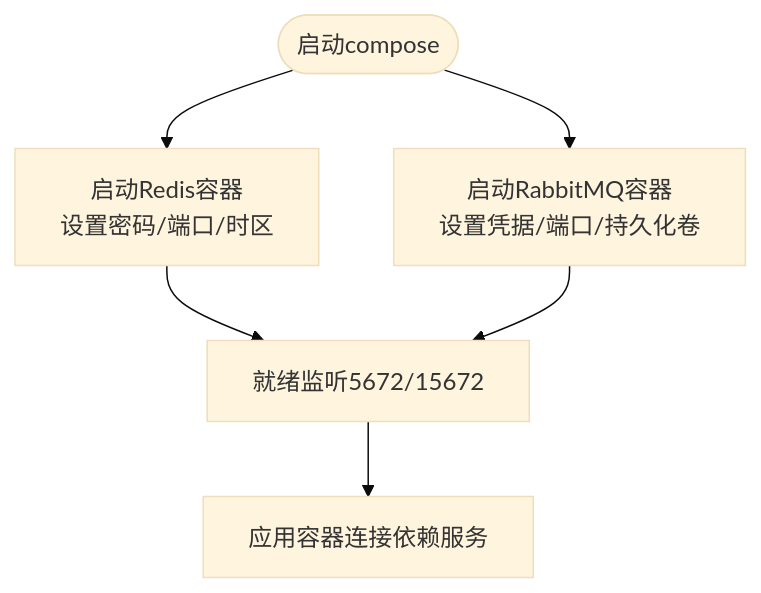
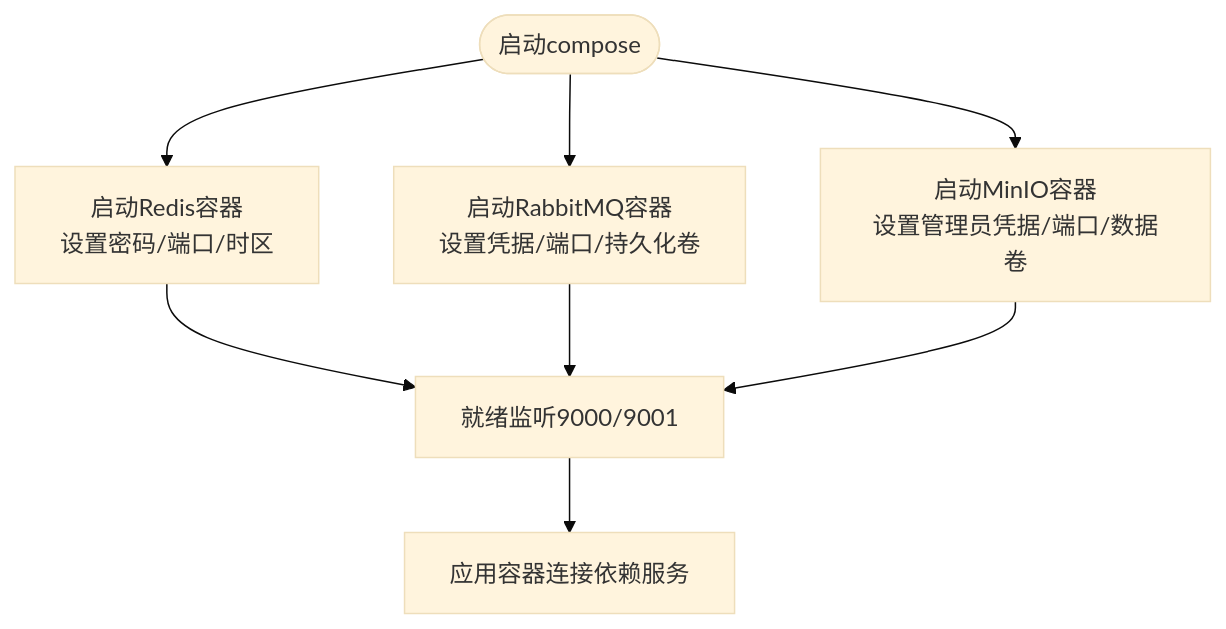
The third of 7 diagrams in .qoder/repowiki/zh/content/部署运维/Docker容器化部署.md (openlowcodelab/lowcode), drawn with Mermaid (base theme) before and after one commit. The commit also changed other lines of this file and 24 other files, not shown here.

````diff
--- a/.qoder/repowiki/zh/content/部署运维/Docker容器化部署.md
+++ b/.qoder/repowiki/zh/content/部署运维/Docker容器化部署.md
@@ -111,8 +143,10 @@
 ```mermaid
 flowchart TD
 Start(["启动compose"]) --> Redis["启动Redis容器<br/>设置密码/端口/时区"]
 Start --> MQ["启动RabbitMQ容器<br/>设置凭据/端口/持久化卷"]
+Start --> MinIO["启动MinIO容器<br/>设置管理员凭据/端口/数据卷"]
 Redis --> Ready["就绪监听6379"]
 MQ --> Ready["就绪监听5672/15672"]
+MinIO --> Ready["就绪监听9000/9001"]
 Ready --> App["应用容器连接依赖服务"]
 ```
````
